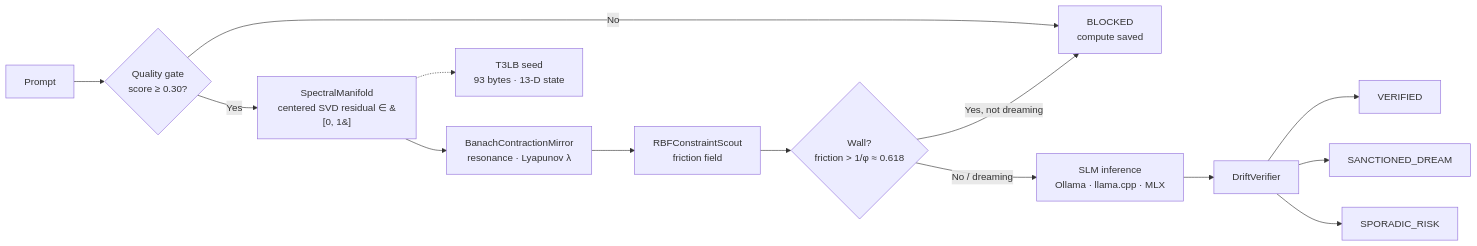
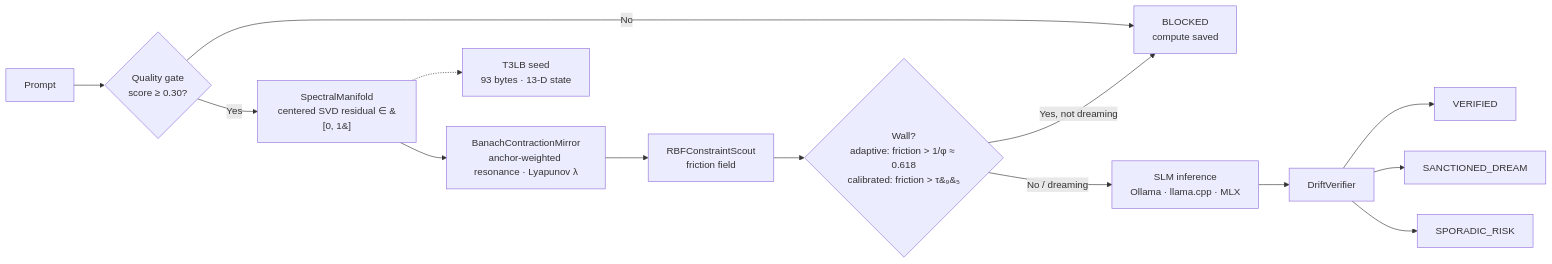
One commit to lazincip/cscs-constraint-engine changed the diagram in README.md. Above: the diagram before and after it, drawn with Mermaid. The commit also changed other lines of this file and 4 other files, not shown here.

````diff
--- a/README.md
+++ b/README.md
@@ -20,16 +30,16 @@
 ```mermaid
 flowchart LR
     P[Prompt] --> Q{Quality gate<br/>score &ge; 0.30?}
     Q -- No --> B[BLOCKED<br/>compute saved]
     Q -- Yes --> M[SpectralManifold<br/>centered SVD residual &isin; &#91;0, 1&#93;]
-    M --> C[BanachContractionMirror<br/>resonance &middot; Lyapunov &lambda;]
+    M --> C[BanachContractionMirror<br/>anchor-weighted resonance &middot; Lyapunov &lambda;]
     C --> S[RBFConstraintScout<br/>friction field]
-    S --> W{Wall?<br/>friction &gt; 1/&phi; &asymp; 0.618}
+    S --> W{Wall?<br/>adaptive: friction &gt; 1/&phi; &asymp; 0.618<br/>calibrated: friction &gt; &tau;&#8329;&#8325;}
     W -- Yes, not dreaming --> B
     W -- No / dreaming --> SLM[SLM inference<br/>Ollama &middot; llama.cpp &middot; MLX]
     SLM --> V[DriftVerifier]
     V --> VS[VERIFIED]
     V --> VD[SANCTIONED_DREAM]
     V --> VR[SPORADIC_RISK]
     M -.-> T[T3LB seed<br/>93 bytes &middot; 13-D state]
 ```
````
